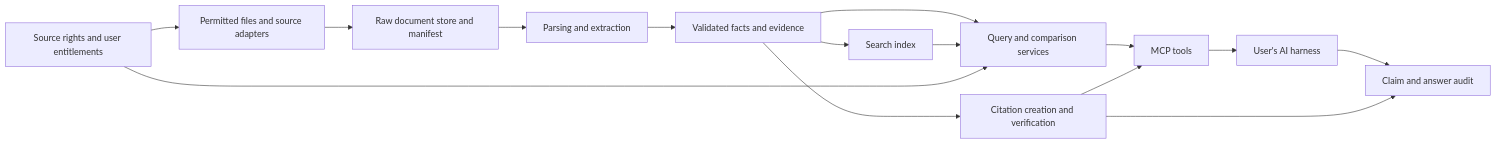
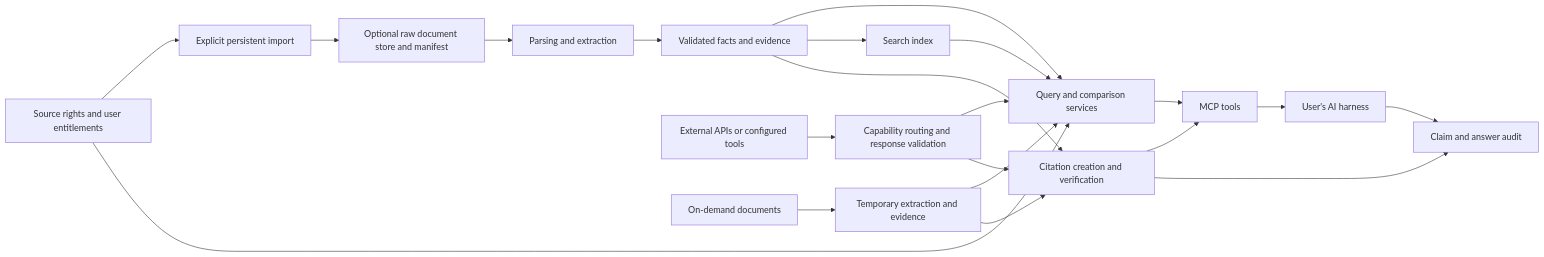
The diagram in docs/design/architecture.md (rishitttt/margin-mcp), drawn with Mermaid before and after one commit. The commit also changed other lines of this file and 33 other files, not shown here.

````diff
--- a/docs/design/architecture.md
+++ b/docs/design/architecture.md
@@ -9,17 +9,23 @@
 ```mermaid
 flowchart LR
-  A[Permitted files and source adapters] --> B[Raw document store and manifest]
+  A[Explicit persistent import] --> B[Optional raw document store and manifest]
   B --> C[Parsing and extraction]
   C --> D[Validated facts and evidence]
   D --> E[Query and comparison services]
   D --> F[Search index]
   F --> E
+  X[External APIs or configured tools] --> R[Capability routing and response validation]
+  R --> E
+  T[On-demand documents] --> U[Temporary extraction and evidence]
+  U --> E
   P[Source rights and user entitlements] --> A
   P --> E
   E --> G[MCP tools]
   G --> H[User's AI harness]
   D --> J[Citation creation and verification]
+  U --> J
+  R --> J
   J --> G
   H --> K[Claim and answer audit]
   J --> K
 ```
````
